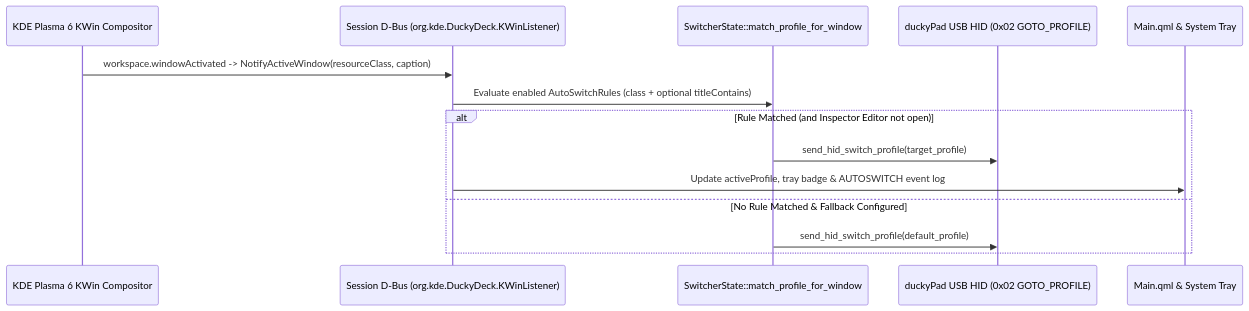
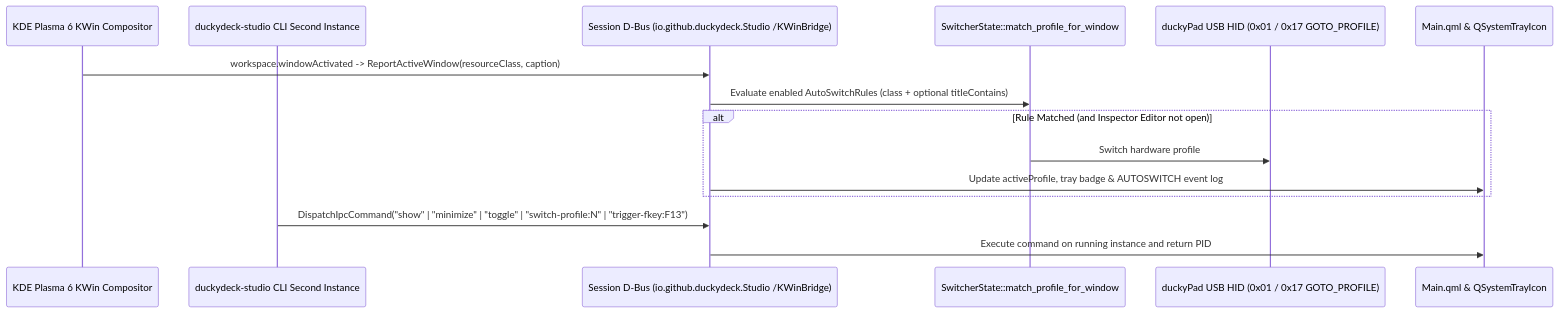
Before and after one commit to russellmilliner/duckydeck-studio: the fourth of 4 diagrams in docs/ARCHITECTURE.md, drawn with Mermaid. The commit also changed other lines of this file and 21 other files, not shown here.

Commit message:
chore(quality): update ARCHITECTURE.md, add scripts/check.sh, fix clippy warnings, untrack firmware binaries

````diff
--- a/docs/ARCHITECTURE.md
+++ b/docs/ARCHITECTURE.md
@@ -185,17 +218,18 @@
 ```mermaid
 sequenceDiagram
     participant KWin as KDE Plasma 6 KWin Compositor
-    participant DBus as Session D-Bus (org.kde.DuckyDeck.KWinListener)
+    participant CLI as duckydeck-studio CLI Second Instance
+    participant DBus as Session D-Bus (io.github.duckydeck.Studio /KWinBridge)
     participant Matcher as SwitcherState::match_profile_for_window
-    participant HID as duckyPad USB HID (0x02 GOTO_PROFILE)
-    participant UI as Main.qml & System Tray
+    participant HID as duckyPad USB HID (0x01 / 0x17 GOTO_PROFILE)
+    participant UI as Main.qml & QSystemTrayIcon
 
-    KWin->>DBus: workspace.windowActivated -> NotifyActiveWindow(resourceClass, caption)
+    KWin->>DBus: workspace.windowActivated -> ReportActiveWindow(resourceClass, caption)
     DBus->>Matcher: Evaluate enabled AutoSwitchRules (class + optional titleContains)
     alt Rule Matched (and Inspector Editor not open)
-        Matcher->>HID: send_hid_switch_profile(target_profile)
+        Matcher->>HID: Switch hardware profile
         DBus->>UI: Update activeProfile, tray badge & AUTOSWITCH event log
-    else No Rule Matched & Fallback Configured
-        Matcher->>HID: send_hid_switch_profile(default_profile)
     end
+    CLI->>DBus: DispatchIpcCommand("show" | "minimize" | "toggle" | "switch-profile:N" | "trigger-fkey:F13")
+    DBus->>UI: Execute command on running instance and return PID
 ```
````
